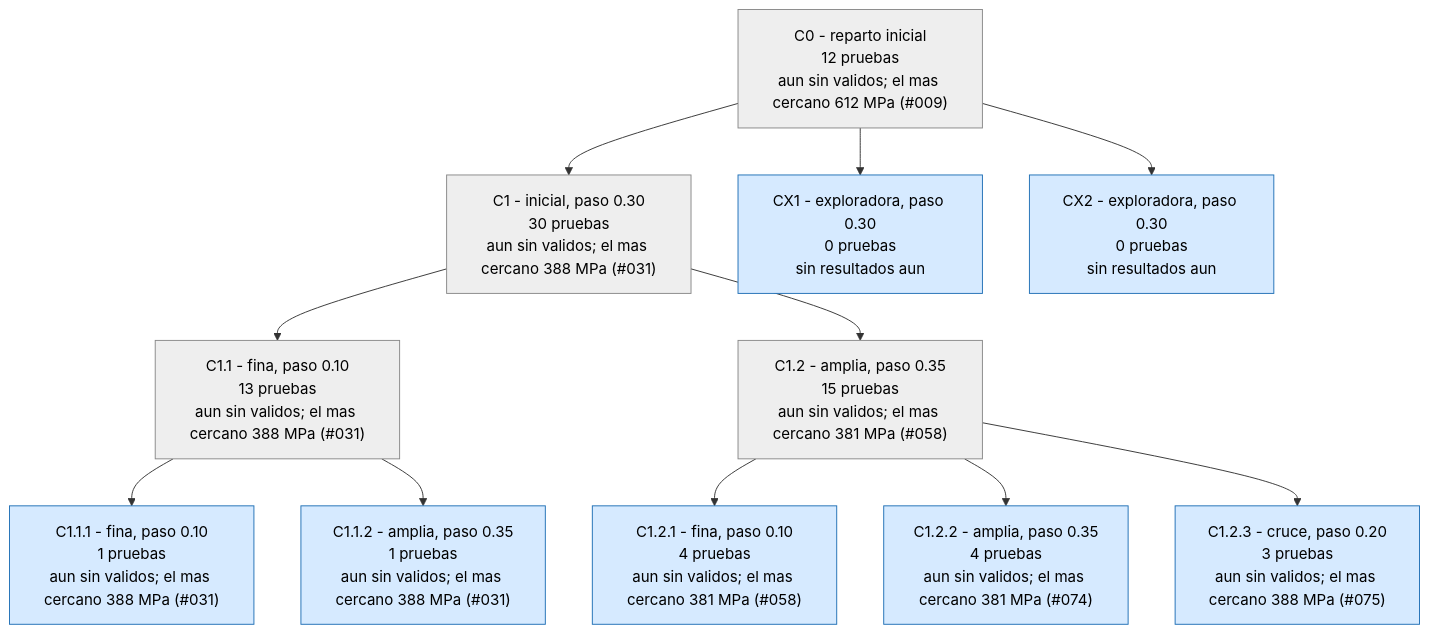
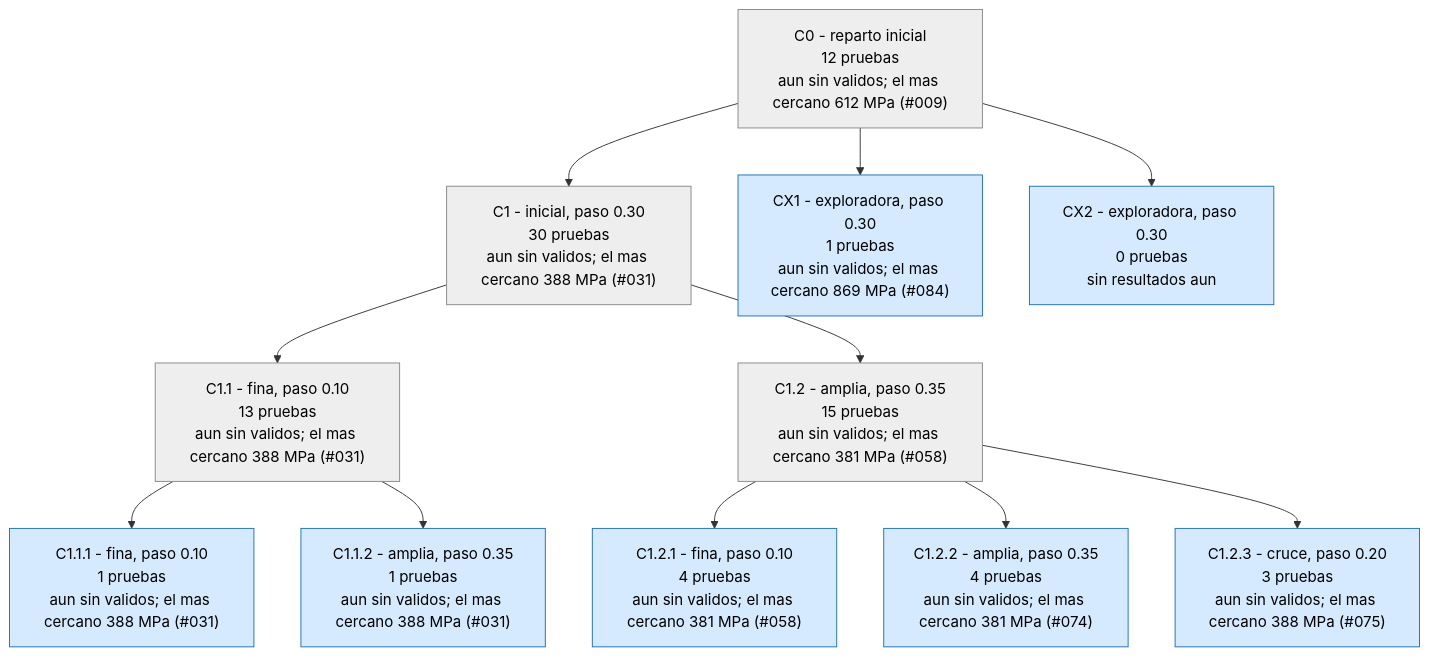
One commit to Hugiko/msd-soporte-optimizacion changed the third of 4 diagrams in runs/opt_37800N/ARBOL.md. Above: the diagram before and after it, drawn with Mermaid. The commit also changed 21 other files, not shown here.

````diff
--- a/runs/opt_37800N/ARBOL.md
+++ b/runs/opt_37800N/ARBOL.md
@@ -101,27 +101,27 @@
 ```mermaid
 graph TD
 classDef activa fill:#d6eaff,stroke:#1f6fb5,color:#000
 classDef fin fill:#eeeeee,stroke:#888,color:#000
 classDef mejor fill:#c8f0c0,stroke:#1a9850,stroke-width:4px,color:#000
 C0["C0 - reparto inicial<br/>12 pruebas<br/>aun sin validos; el mas cercano 612 MPa (#009)"]:::fin
 C1["C1 - inicial, paso 0.30<br/>30 pruebas<br/>aun sin validos; el mas cercano 388 MPa (#031)"]:::fin
 C0 --> C1
 C1_1["C1.1 - fina, paso 0.10<br/>13 pruebas<br/>aun sin validos; el mas cercano 388 MPa (#031)"]:::fin
 C1 --> C1_1
 C1_2["C1.2 - amplia, paso 0.35<br/>15 pruebas<br/>aun sin validos; el mas cercano 381 MPa (#058)"]:::fin
 C1 --> C1_2
 C1_1_1["C1.1.1 - fina, paso 0.10<br/>1 pruebas<br/>aun sin validos; el mas cercano 388 MPa (#031)"]:::activa
 C1_1 --> C1_1_1
 C1_1_2["C1.1.2 - amplia, paso 0.35<br/>1 pruebas<br/>aun sin validos; el mas cercano 388 MPa (#031)"]:::activa
 C1_1 --> C1_1_2
 C1_2_1["C1.2.1 - fina, paso 0.10<br/>4 pruebas<br/>aun sin validos; el mas cercano 381 MPa (#058)"]:::activa
 C1_2 --> C1_2_1
 C1_2_2["C1.2.2 - amplia, paso 0.35<br/>4 pruebas<br/>aun sin validos; el mas cercano 381 MPa (#074)"]:::activa
 C1_2 --> C1_2_2
 C1_2_3["C1.2.3 - cruce, paso 0.20<br/>3 pruebas<br/>aun sin validos; el mas cercano 388 MPa (#075)"]:::activa
 C1_2 --> C1_2_3
-CX1["CX1 - exploradora, paso 0.30<br/>0 pruebas<br/>sin resultados aun"]:::activa
+CX1["CX1 - exploradora, paso 0.30<br/>1 pruebas<br/>aun sin validos; el mas cercano 869 MPa (#084)"]:::activa
 C0 --> CX1
 CX2["CX2 - exploradora, paso 0.30<br/>0 pruebas<br/>sin resultados aun"]:::activa
 C0 --> CX2
 ```
````
